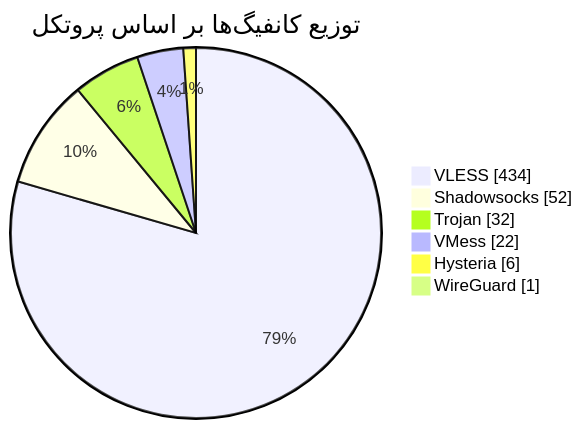
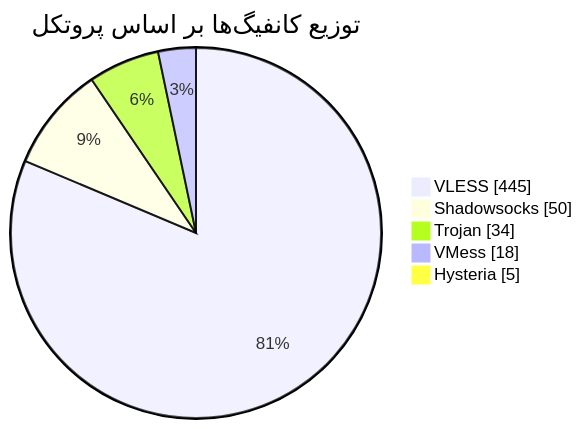
The diagram in README.md (Arian-Alijani/Somthing), drawn with Mermaid before and after one commit. The commit also changed other lines of this file and 59 other files, not shown here.

````diff
--- a/README.md
+++ b/README.md
@@ -48,10 +47,9 @@
 ```mermaid
 pie showData
     title توزیع کانفیگ‌ها بر اساس پروتکل
-    "VLESS" : 434
-    "Shadowsocks" : 52
-    "Trojan" : 32
-    "VMess" : 22
-    "Hysteria" : 6
-    "WireGuard" : 1
+    "VLESS" : 445
+    "Shadowsocks" : 50
+    "Trojan" : 34
+    "VMess" : 18
+    "Hysteria" : 5
 ```
````
